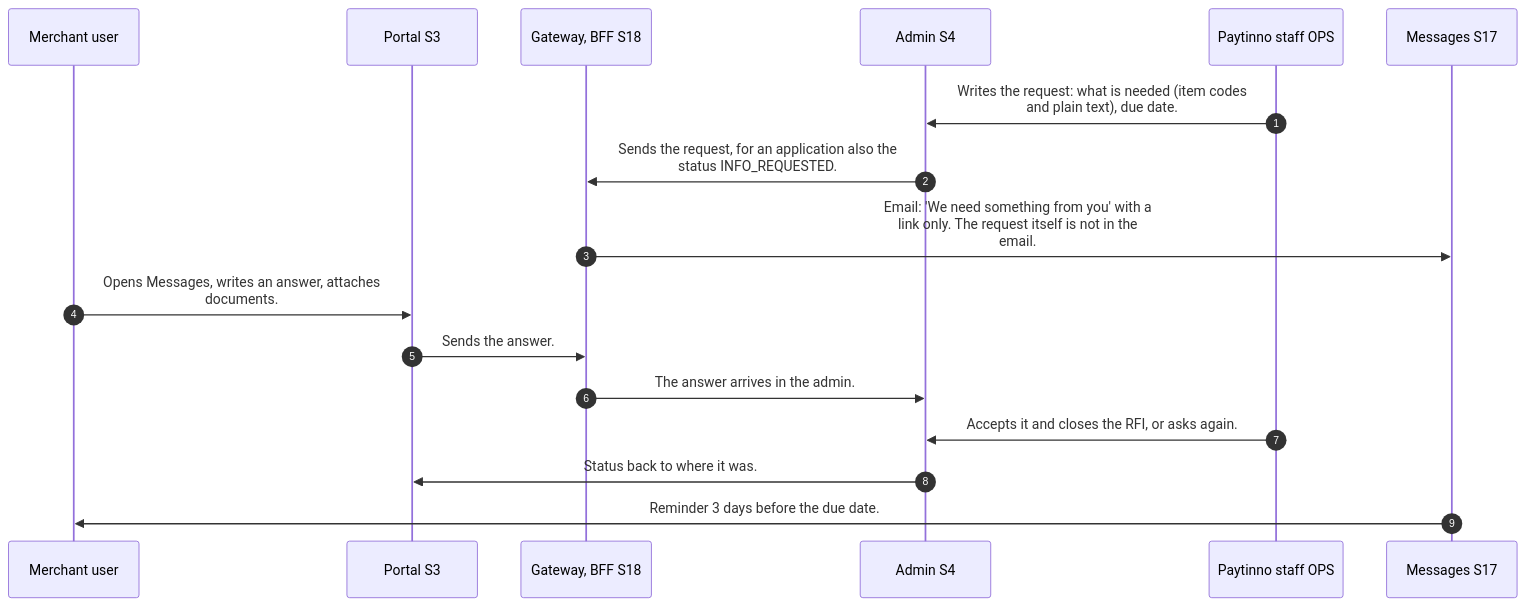
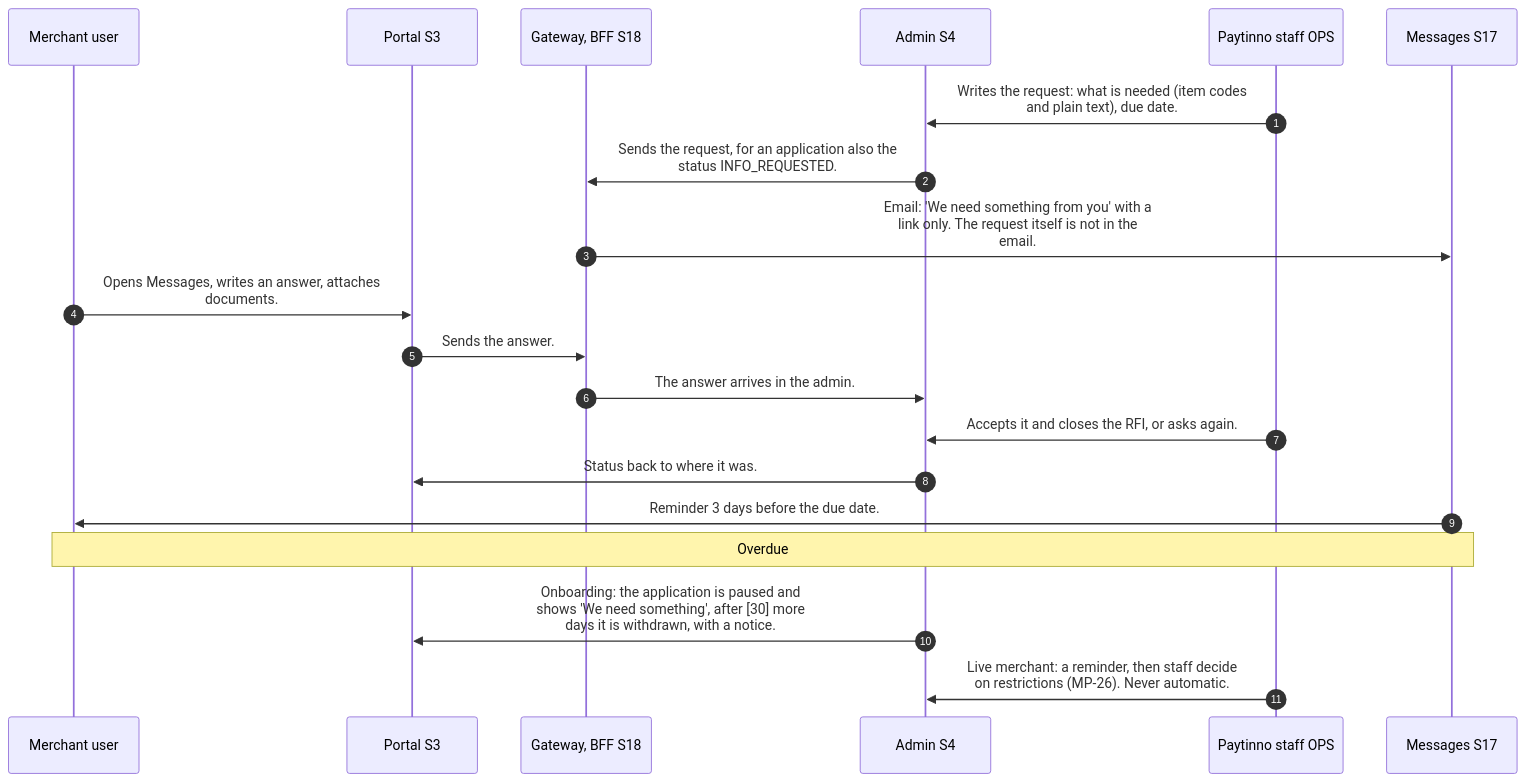
Before and after one commit to paytinno/merchant-portal-workflows: the first of 2 diagrams in docs/workflows/MP-07-request-for-information-and-the-answer.md, drawn with Mermaid. The commit also changed other lines of this file and 36 other files, not shown here.

````diff
--- a/docs/workflows/MP-07-request-for-information-and-the-answer.md
+++ b/docs/workflows/MP-07-request-for-information-and-the-answer.md
@@ -21,19 +21,22 @@
 ```mermaid
 sequenceDiagram
   autonumber
   participant MER as Merchant user
   participant S3 as Portal S3
   participant S18 as Gateway, BFF S18
   participant S4 as Admin S4
   participant OPS as Paytinno staff OPS
   participant S17 as Messages S17
   OPS->>S4: Writes the request: what is needed (item codes<br/>and plain text), due date.
   S4->>S18: Sends the request, for an application also the<br/>status INFO_REQUESTED.
   S18->>S17: Email: 'We need something from you' with a<br/>link only. The request itself is not in the<br/>email.
   MER->>S3: Opens Messages, writes an answer, attaches<br/>documents.
   S3->>S18: Sends the answer.
   S18->>S4: The answer arrives in the admin.
   OPS->>S4: Accepts it and closes the RFI, or asks again.
   S4->>S3: Status back to where it was.
   S17->>MER: Reminder 3 days before the due date.
+  Note over MER,S17: Overdue
+  S4->>S3: Onboarding: the application is paused and<br/>shows 'We need something', after [30] more<br/>days it is withdrawn, with a notice.
+  OPS->>S4: Live merchant: a reminder, then staff decide<br/>on restrictions (MP-26). Never automatic.
 ```
````
